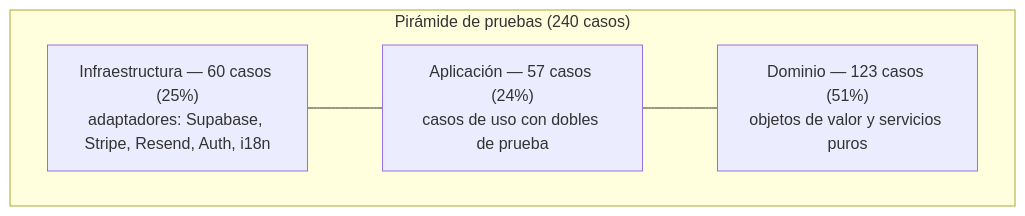
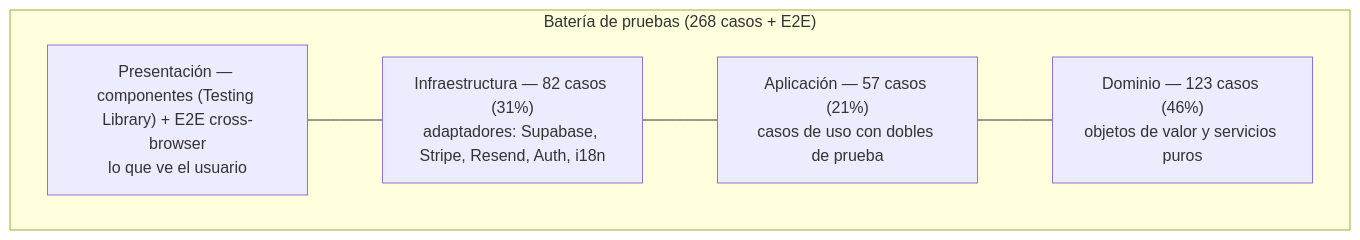
Before and after one commit to Ogires/reservas-chanantes: the diagram in docs/memoria/06-pruebas-calidad.md, drawn with Mermaid. The commit also changed other lines of this file and 4 other files, not shown here.

````diff
--- a/docs/memoria/06-pruebas-calidad.md
+++ b/docs/memoria/06-pruebas-calidad.md
@@ -29,9 +30,10 @@
 ```mermaid
 flowchart TB
-    subgraph Pyramid["Pirámide de pruebas (240 casos)"]
-        I["Infraestructura — 60 casos (25%)<br/>adaptadores: Supabase, Stripe, Resend, Auth, i18n"]
-        A["Aplicación — 57 casos (24%)<br/>casos de uso con dobles de prueba"]
-        D["Dominio — 123 casos (51%)<br/>objetos de valor y servicios puros"]
+    subgraph Pyramid["Batería de pruebas (268 casos + E2E)"]
+        E["Presentación — componentes (Testing Library) + E2E cross-browser<br/>lo que ve el usuario"]
+        I["Infraestructura — 82 casos (31%)<br/>adaptadores: Supabase, Stripe, Resend, Auth, i18n"]
+        A["Aplicación — 57 casos (21%)<br/>casos de uso con dobles de prueba"]
+        D["Dominio — 123 casos (46%)<br/>objetos de valor y servicios puros"]
     end
-    I --- A --- D
+    E --- I --- A --- D
 ```
````
